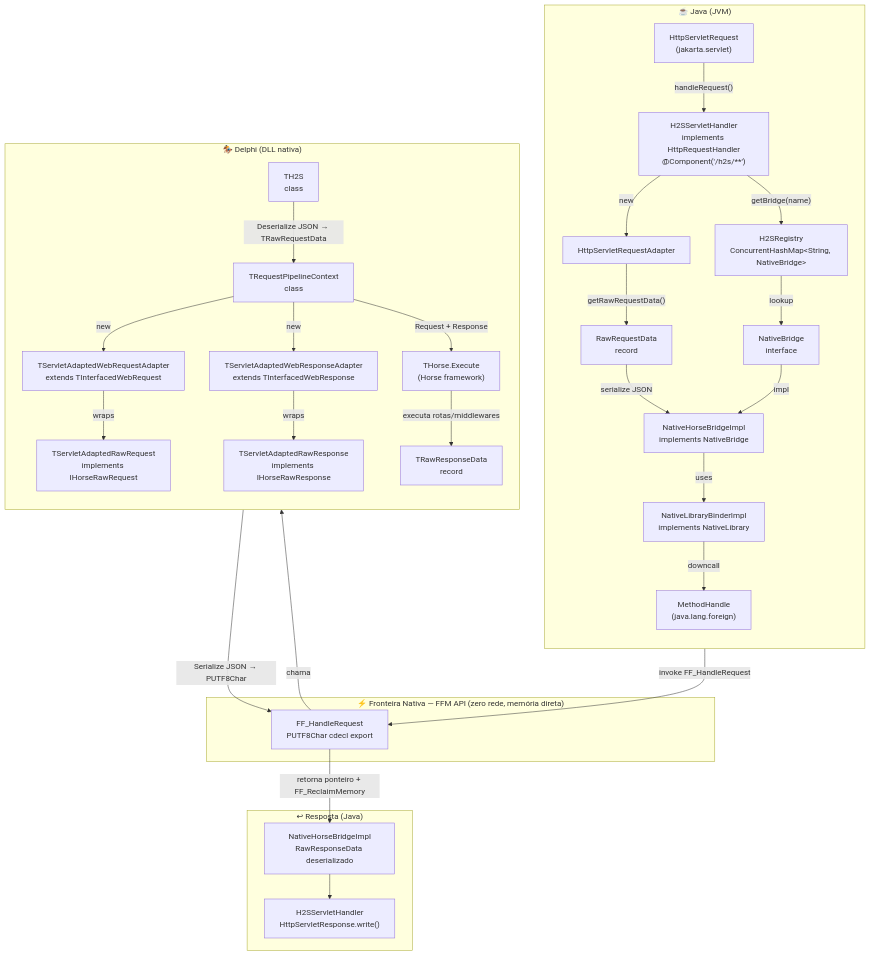
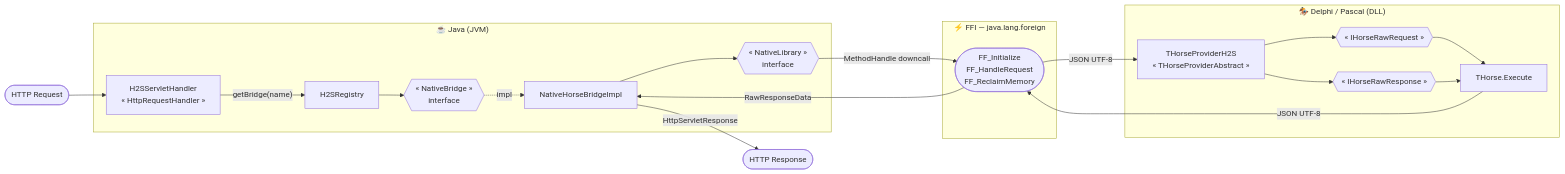
One commit to daviddev16/horse-java-servlet-provider changed the diagram in README.md. Above: the diagram before and after it, drawn with Mermaid.

````diff
--- a/README.md
+++ b/README.md
@@ -42,61 +42,37 @@
 ```mermaid
-flowchart TB
+flowchart LR
     subgraph JAVA ["☕ Java (JVM)"]
-        direction TB
-        A["HttpServletRequest\n(jakarta.servlet)"]
-        B["H2SServletHandler\nimplements HttpRequestHandler\n@Component('/h2s/**')"]
-        C["HttpServletRequestAdapter"]
-        D["RawRequestData\nrecord"]
-        E["H2SRegistry\nConcurrentHashMap&lt;String, NativeBridge&gt;"]
-        F["NativeBridge\ninterface"]
-        G["NativeHorseBridgeImpl\nimplements NativeBridge"]
-        H["NativeLibraryBinderImpl\nimplements NativeLibrary"]
-        I["MethodHandle\n(java.lang.foreign)"]
-
-        A -->|"handleRequest()"| B
-        B -->|"new"| C
-        C -->|"getRawRequestData()"| D
-        D -->|"serialize JSON"| G
-        B -->|"getBridge(name)"| E
-        E -->|"lookup"| F
-        F -->|"impl"| G
-        G -->|"uses"| H
-        H -->|"downcall"| I
+        A["H2SServletHandler\n« HttpRequestHandler »"]
+        B["H2SRegistry"]
+        C{{"« NativeBridge »\ninterface"}}
+        D["NativeHorseBridgeImpl"]
+        E{{"« NativeLibrary »\ninterface"}}
     end
 
-    subgraph FFI ["⚡ Fronteira Nativa — FFM API (zero rede, memória direta)"]
-        J["FF_HandleRequest\nPUTF8Char cdecl export"]
+    subgraph FFI ["⚡ FFI — java.lang.foreign"]
+        F(["FF_Initialize\nFF_HandleRequest\nFF_ReclaimMemory"])
     end
 
-    subgraph DELPHI ["🏇 Delphi (DLL nativa)"]
-        direction TB
-        K["TH2S\nclass"]
-        L["TRequestPipelineContext\nclass"]
-        M["TServletAdaptedWebRequestAdapter\nextends TInterfacedWebRequest"]
-        N["TServletAdaptedRawRequest\nimplements IHorseRawRequest"]
-        O["TServletAdaptedWebResponseAdapter\nextends TInterfacedWebResponse"]
-        P["TServletAdaptedRawResponse\nimplements IHorseRawResponse"]
-        Q["THorse.Execute\n(Horse framework)"]
-        R["TRawResponseData\nrecord"]
-
-        K -->|"Deserialize JSON → TRawRequestData"| L
-        L -->|"new"| M
-        M -->|"wraps"| N
-        L -->|"new"| O
-        O -->|"wraps"| P
-        L -->|"Request + Response"| Q
-        Q -->|"executa rotas/middlewares"| R
-        R -->|"Serialize JSON → PUTF8Char"| J
+    subgraph DELPHI ["🏇 Delphi / Pascal (DLL)"]
+        G["THorseProviderH2S\n« THorseProviderAbstract »"]
+        H{{"« IHorseRawRequest »"}}
+        I{{"« IHorseRawResponse »"}}
+        J["THorse.Execute"]
     end
 
-    I -->|"invoke FF_HandleRequest"| J
-    J -->|"chama"| K
+    HTTP(["HTTP Request"]) --> A
+    A -->|"getBridge(name)"| B
+    B --> C
+    C -.->|"impl"| D
+    D --> E
+    E -->|"MethodHandle downcall"| F
 
-    subgraph RESP ["↩ Resposta (Java)"]
-        S["NativeHorseBridgeImpl\nRawResponseData deserializado"]
-        T["H2SServletHandler\nHttpServletResponse.write()"]
-    end
+    F -->|"JSON UTF-8"| G
+    G --> H
+    G --> I
+    H & I --> J
+    J -->|"JSON UTF-8"| F
 
-    J -->|"retorna ponteiro + FF_ReclaimMemory"| S
-    S --> T
+    F -->|"RawResponseData"| D
+    D -->|"HttpServletResponse"| HTTP2(["HTTP Response"])
 ```
````
